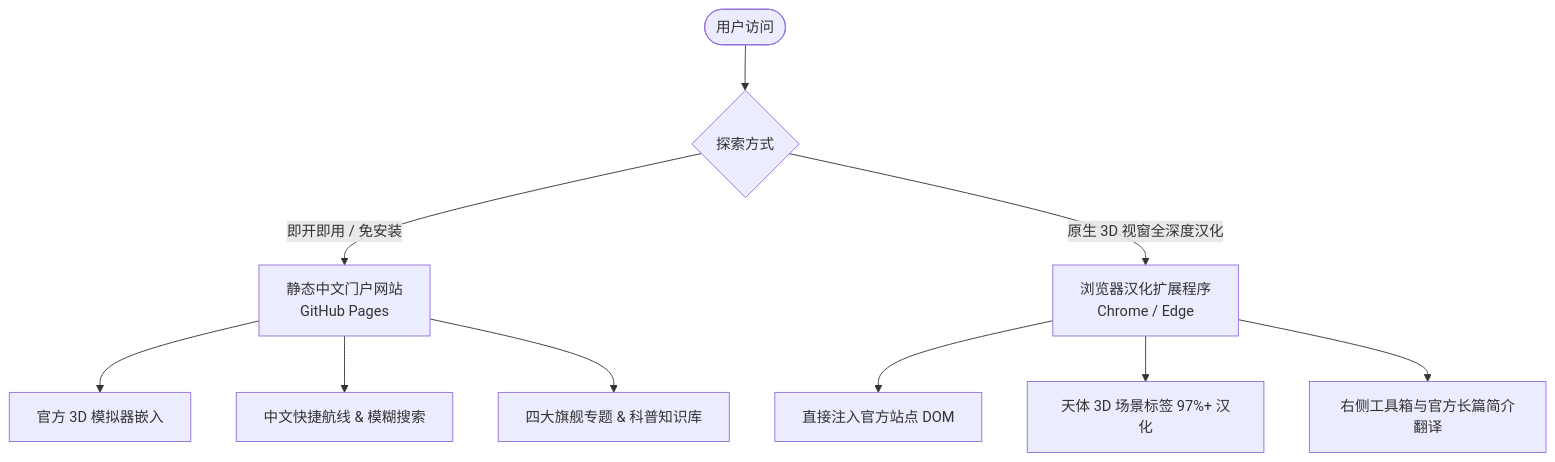
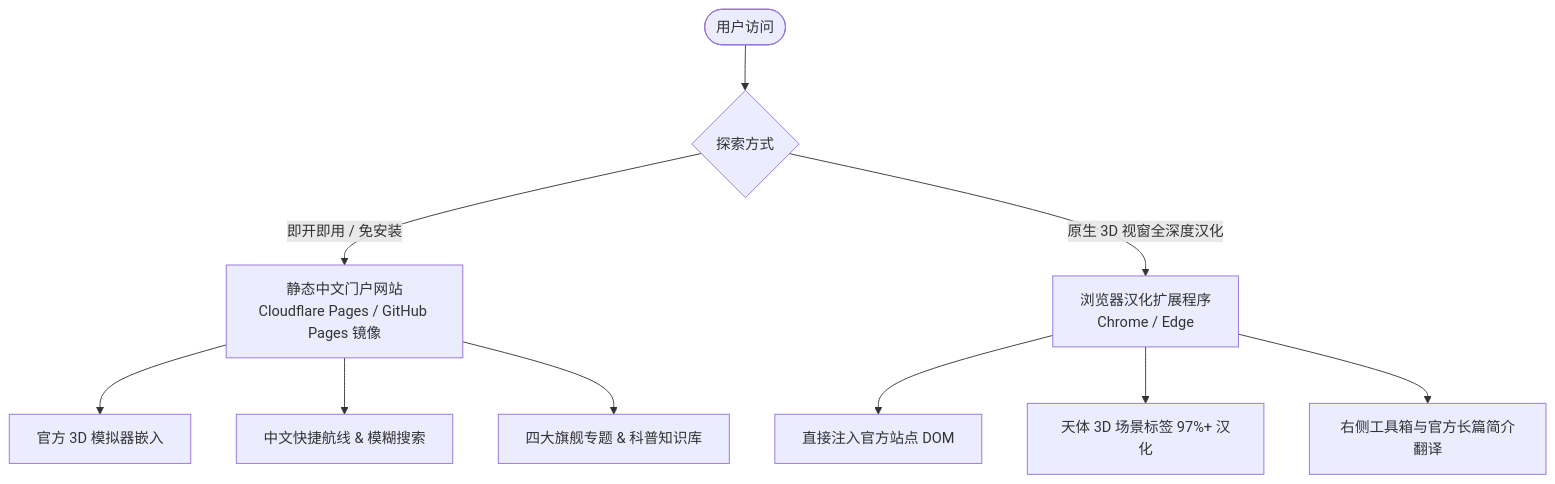
One commit to Selflove9417/eyes-solar-system changed the diagram in README.md. Above: the diagram before and after it, drawn with Mermaid. The commit also changed other lines of this file, not shown here.

Commit message:
docs: 更新 README 文档中的线上体验地址与架构图说明

````diff
--- a/README.md
+++ b/README.md
@@ -22,14 +23,14 @@
 ```mermaid
 flowchart TD
     User([用户访问]) --> ModeChoice{探索方式}
-    ModeChoice -->|即开即用 / 免安装| Portal[静态中文门户网站<br>GitHub Pages]
+    ModeChoice -->|即开即用 / 免安装| Portal[静态中文门户网站<br>Cloudflare Pages / GitHub Pages 镜像]
     ModeChoice -->|原生 3D 视窗全深度汉化| Extension[浏览器汉化扩展程序<br>Chrome / Edge]
     
     Portal --> P1[官方 3D 模拟器嵌入]
     Portal --> P2[中文快捷航线 & 模糊搜索]
     Portal --> P3[四大旗舰专题 & 科普知识库]
     
     Extension --> E1[直接注入官方站点 DOM]
     Extension --> E2[天体 3D 场景标签 97%+ 汉化]
     Extension --> E3[右侧工具箱与官方长篇简介翻译]
 ```
````
